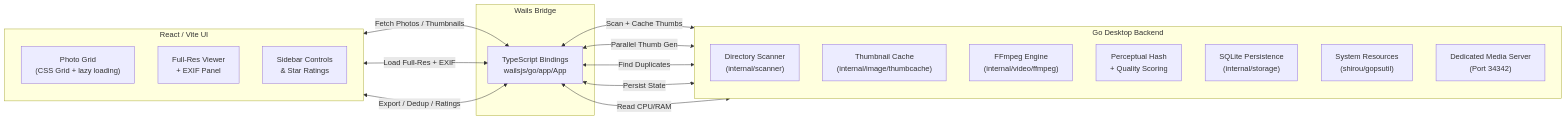
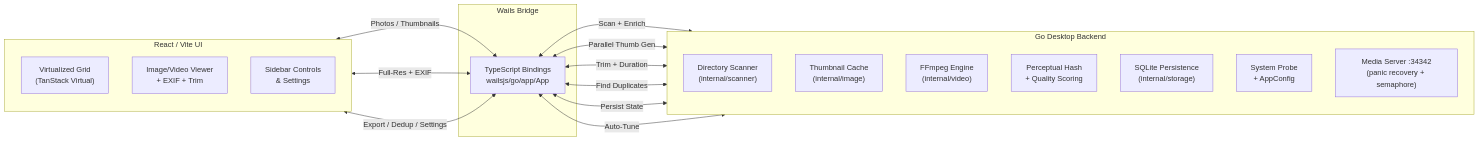
One commit to Abhishekmitra-slg/CullSnap changed the diagram in README.md. Above: the diagram before and after it, drawn with Mermaid. The commit also changed other lines of this file and 1 other file, not shown here.

````diff
--- a/README.md
+++ b/README.md
@@ -27,34 +49,35 @@
 ```mermaid
 graph LR
     subgraph Frontend [React / Vite UI]
         direction TB
-        Grid["Photo Grid\n(CSS Grid + lazy loading)"]
-        Viewer["Full-Res Viewer\n+ EXIF Panel"]
-        Sidebar["Sidebar Controls\n& Star Ratings"]
+        Grid["Virtualized Grid\n(TanStack Virtual)"]
+        Viewer["Image/Video Viewer\n+ EXIF + Trim"]
+        Sidebar["Sidebar Controls\n& Settings"]
     end
 
     subgraph IPC [Wails Bridge]
         Bindings["TypeScript Bindings\nwailsjs/go/app/App"]
     end
 
     subgraph Backend [Go Desktop Backend]
         direction TB
         Scanner["Directory Scanner\n(internal/scanner)"]
-        ThumbCache["Thumbnail Cache\n(internal/image/thumbcache)"]
-        FFmpeg["FFmpeg Engine\n(internal/video/ffmpeg)"]
+        ThumbCache["Thumbnail Cache\n(internal/image)"]
+        FFmpeg["FFmpeg Engine\n(internal/video)"]
         Dedupe["Perceptual Hash\n+ Quality Scoring"]
         Storage["SQLite Persistence\n(internal/storage)"]
-        OS["System Resources\n(shirou/gopsutil)"]
-        MediaServer["Dedicated Media Server\n(Port 34342)"]
+        Config["System Probe\n+ AppConfig"]
+        MediaServer["Media Server :34342\n(panic recovery + semaphore)"]
     end
 
-    Grid <-->|Fetch Photos / Thumbnails| Bindings
-    Viewer <-->|Load Full-Res + EXIF| Bindings
-    Sidebar <-->|Export / Dedup / Ratings| Bindings
+    Grid <-->|Photos / Thumbnails| Bindings
+    Viewer <-->|Full-Res + EXIF| Bindings
+    Sidebar <-->|Export / Dedup / Settings| Bindings
 
-    Bindings <-->|Scan + Cache Thumbs| Scanner
+    Bindings <-->|Scan + Enrich| Scanner
     Bindings <-->|Parallel Thumb Gen| ThumbCache
+    Bindings <-->|Trim + Duration| FFmpeg
     Bindings <-->|Find Duplicates| Dedupe
     Bindings <-->|Persist State| Storage
-    Bindings <-->|Read CPU/RAM| OS
+    Bindings <-->|Auto-Tune| Config
 ```
````
